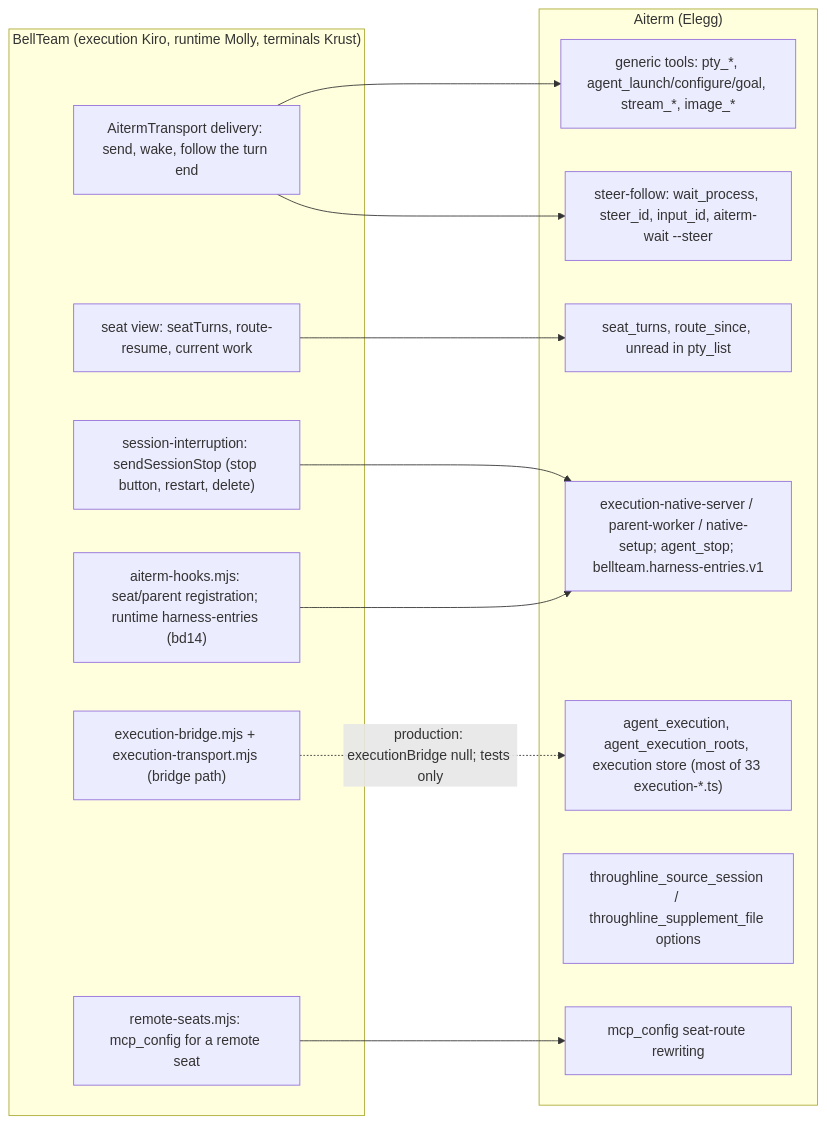
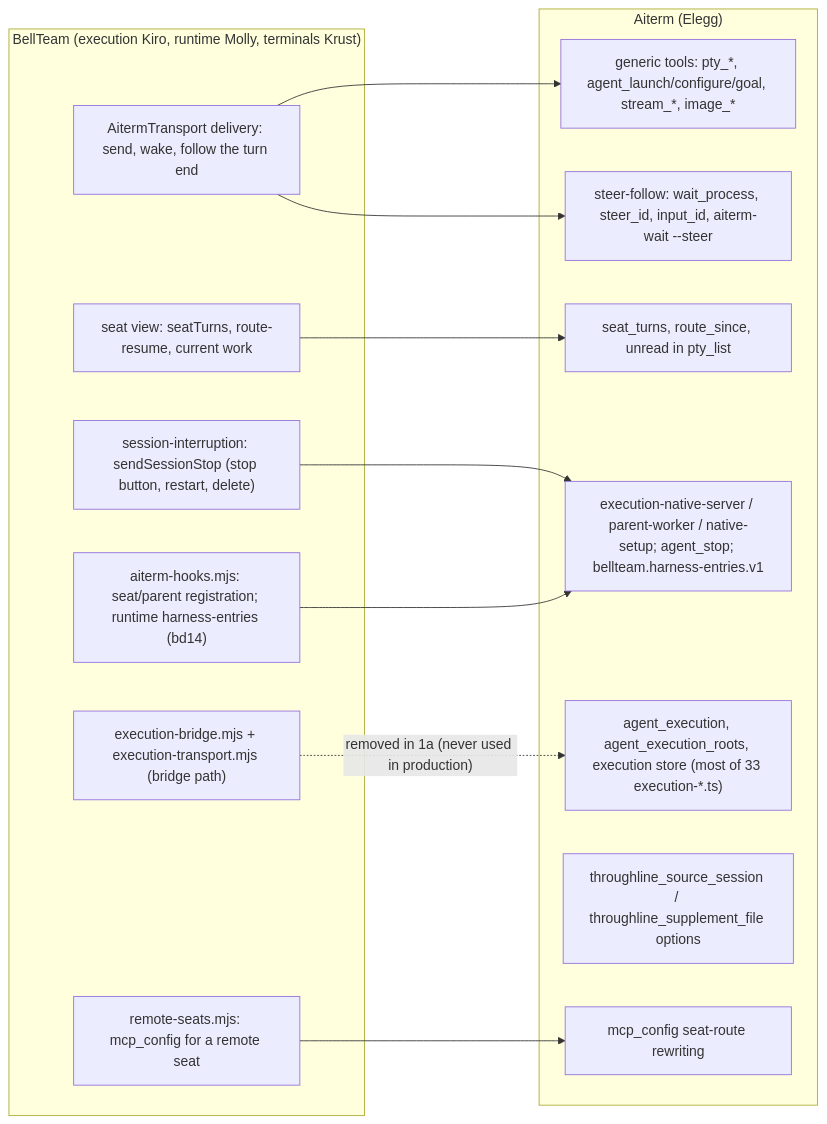
One commit to kitepon/BellTeam changed the diagram in docs/architecture/modules/execution/aiterm-boundary-move.md. Above: the diagram before and after it, drawn with Mermaid. The commit also changed other lines of this file and 28 other files, not shown here.

First line of the commit message:
a532b2 stage 1a: drop the unused bridge paths from BellTeam (diagrams first)

````diff
--- a/docs/architecture/modules/execution/aiterm-boundary-move.md
+++ b/docs/architecture/modules/execution/aiterm-boundary-move.md
@@ -7,27 +7,27 @@
 ```mermaid
 flowchart LR
   subgraph BT["BellTeam (execution Kiro, runtime Molly, terminals Krust)"]
     DEL["AitermTransport delivery: send, wake, follow the turn end"]
     STOP["session-interruption: sendSessionStop (stop button, restart, delete)"]
     VIEW["seat view: seatTurns, route-resume, current work"]
     REG["aiterm-hooks.mjs: seat/parent registration; runtime harness-entries (bd14)"]
     RSEAT["remote-seats.mjs: mcp_config for a remote seat"]
     BRIDGE["execution-bridge.mjs + execution-transport.mjs (bridge path)"]
   end
   subgraph AT["Aiterm (Elegg)"]
     GEN["generic tools: pty_*, agent_launch/configure/goal, stream_*, image_*"]
     STEER["steer-follow: wait_process, steer_id, input_id, aiterm-wait --steer"]
     SEATV["seat_turns, route_since, unread in pty_list"]
     ESRV["execution-native-server / parent-worker / native-setup; agent_stop; bellteam.harness-entries.v1"]
     ESTORE["agent_execution, agent_execution_roots, execution store (most of 33 execution-*.ts)"]
     TL["throughline_source_session / throughline_supplement_file options"]
     MCPC["mcp_config seat-route rewriting"]
   end
   DEL --> GEN
   DEL --> STEER
   VIEW --> SEATV
   STOP --> ESRV
   REG --> ESRV
   RSEAT --> MCPC
-  BRIDGE -. "production: executionBridge null; tests only" .-> ESTORE
+  BRIDGE -. "removed in 1a (never used in production)" .-> ESTORE
 ```
````
